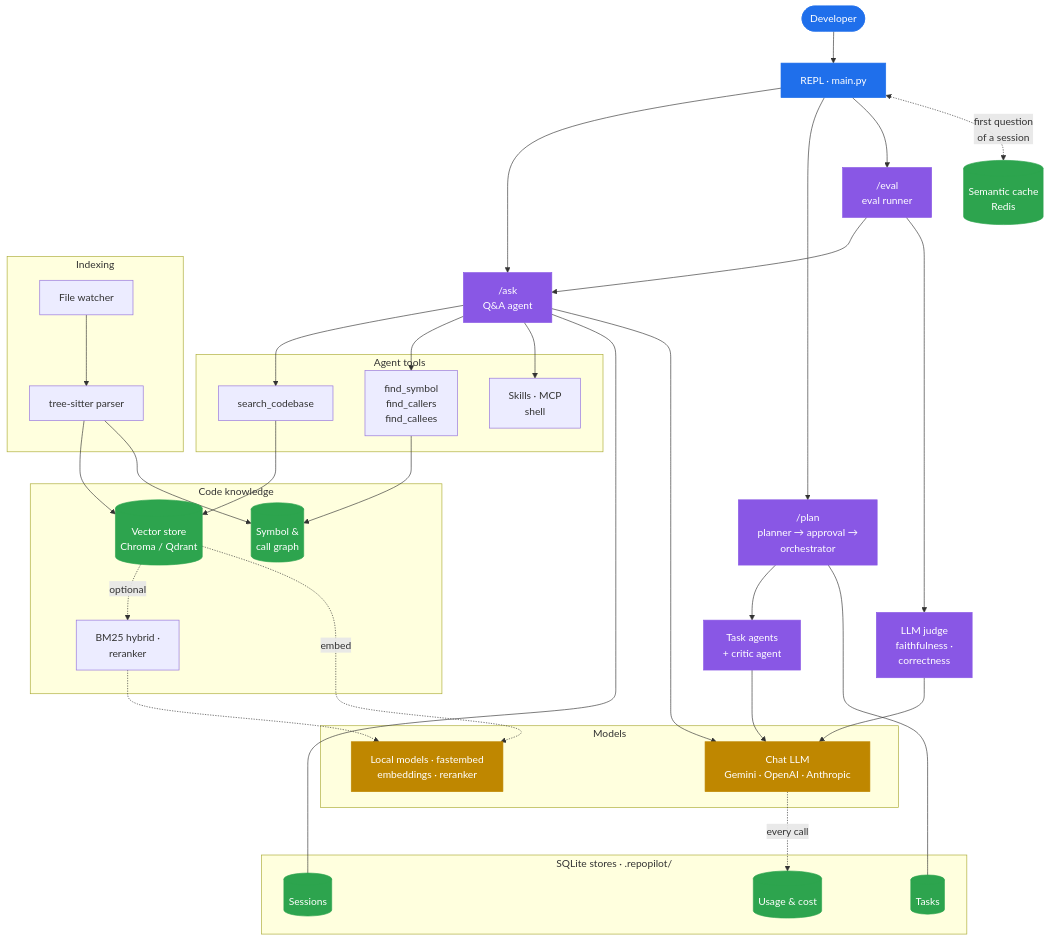
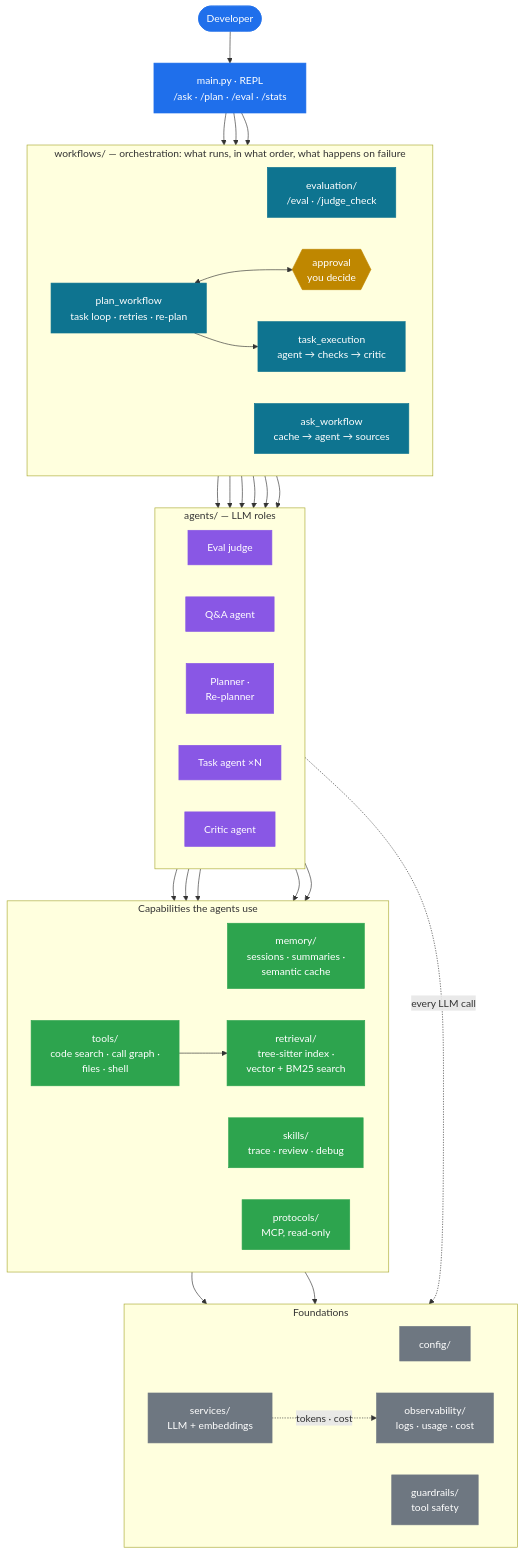
Before and after one commit to Parth-Babariya/RepoPilot: the first of 10 diagrams in README.md, drawn with Mermaid. The commit also changed other lines of this file, not shown here.

Commit message:
README: layered architecture diagram, Agents section with roles table and /plan collaboration diagram

````diff
--- a/README.md
+++ b/README.md
@@ -63,63 +63,75 @@
 ```mermaid
 flowchart TB
-    dev(["Developer"]) --> repl["REPL · main.py"]
+    dev(["Developer"]) --> repl["main.py · REPL<br/>/ask · /plan · /eval · /stats"]
 
-    repl --> ask["/ask<br/>Q&A agent"]
-    repl --> plan["/plan<br/>planner → approval →<br/>orchestrator"]
-    repl --> evalr["/eval<br/>eval runner"]
-    repl <-. "first question<br/>of a session" .-> cache[("Semantic cache<br/>Redis")]
+    subgraph WF["workflows/ — orchestration: what runs, in what order, what happens on failure"]
+        direction LR
+        evalwf["evaluation/<br/>/eval · /judge_check"]
+        askwf["ask_workflow<br/>cache → agent → sources"]
+        planwf["plan_workflow<br/>task loop · retries · re-plan"]
+        hitl{{"approval<br/>you decide"}}
+        exec["task_execution<br/>agent → checks → critic"]
+    end
 
-    evalr --> ask
-    evalr --> ejudge["LLM judge<br/>faithfulness ·<br/>correctness"]
-    plan --> workers["Task agents<br/>+ critic agent"]
+    subgraph AG["agents/ — LLM roles"]
+        direction LR
+        ejudge["Eval judge"]
+        qa["Q&A agent"]
+        planner["Planner ·<br/>Re-planner"]
+        task["Task agent ×N"]
+        critic["Critic agent"]
+    end
 
-    subgraph tools["Agent tools"]
-        search["search_codebase"]
-        symtools["find_symbol<br/>find_callers<br/>find_callees"]
-        ext["Skills · MCP<br/>shell"]
+    subgraph CAP["Capabilities the agents use"]
+        direction LR
+        mem["memory/<br/>sessions · summaries ·<br/>semantic cache"]
+        skills["skills/<br/>trace · review · debug"]
+        proto["protocols/<br/>MCP, read-only"]
+        tools["tools/<br/>code search · call graph ·<br/>files · shell"]
+        retr["retrieval/<br/>tree-sitter index ·<br/>vector + BM25 search"]
     end
-    ask --> search
-    ask --> symtools
-    ask --> ext
 
-    subgraph knowledge["Code knowledge"]
-        vec[("Vector store<br/>Chroma / Qdrant")] -. optional .-> rerank["BM25 hybrid ·<br/>reranker"]
-        symgraph[("Symbol &<br/>call graph")]
+    subgraph FND["Foundations"]
+        direction LR
+        cfg["config/"]
+        svc["services/<br/>LLM + embeddings"]
+        obs["observability/<br/>logs · usage · cost"]
+        guard["guardrails/<br/>tool safety"]
     end
-    search --> vec
-    symtools --> symgraph
 
-    subgraph indexing["Indexing"]
-        watcher["File watcher"] --> parser["tree-sitter parser"]
-    end
-    parser --> vec
-    parser --> symgraph
+    repl --> askwf
+    repl --> planwf
+    repl --> evalwf
+    askwf --> qa
+    planwf --> planner
+    planwf <--> hitl
+    planwf --> exec
+    exec --> task
+    exec --> critic
+    evalwf --> qa
+    evalwf --> ejudge
 
-    subgraph storage["SQLite stores · .repopilot/"]
-        mem[("Sessions")]
-        tasks[("Tasks")]
-        usage[("Usage & cost")]
-    end
-    ask --- mem
-    plan --- tasks
-
-    subgraph models["Models"]
-        llm["Chat LLM<br/>Gemini · OpenAI · Anthropic"]
-        local["Local models · fastembed<br/>embeddings · reranker"]
-    end
-    ask --> llm
-    workers --> llm
-    ejudge --> llm
-    vec -. embed .-> local
-    rerank -.-> local
-    llm -. every call .-> usage
+    qa --> tools
+    qa --> mem
+    qa --> skills
+    qa --> proto
+    task --> tools
+    tools --> retr
+    tools --> guard
+    proto --> guard
+    AG -. "every LLM call" .-> svc
+    svc -. "tokens · cost" .-> obs
 
     classDef entry fill:#1f6feb,stroke:#1f6feb,color:#fff
+    classDef flow fill:#0e7490,stroke:#0e7490,color:#fff
     classDef agent fill:#8957e5,stroke:#8957e5,color:#fff
-    classDef store fill:#2da44e,stroke:#2da44e,color:#fff
-    classDef model fill:#bf8700,stroke:#bf8700,color:#fff
+    classDef cap fill:#2da44e,stroke:#2da44e,color:#fff
+    classDef base fill:#6e7781,stroke:#6e7781,color:#fff
+    classDef human fill:#bf8700,stroke:#bf8700,color:#fff
     class dev,repl entry
-    class ask,plan,evalr,workers,ejudge agent
-    class cache,vec,symgraph,mem,tasks,usage store
-    class llm,local model
+    class askwf,planwf,exec,evalwf flow
+    class qa,planner,task,critic,ejudge agent
+    class tools,retr,mem,skills,proto cap
+    class guard,svc,obs,cfg base
+    class hitl human
 ```
````
